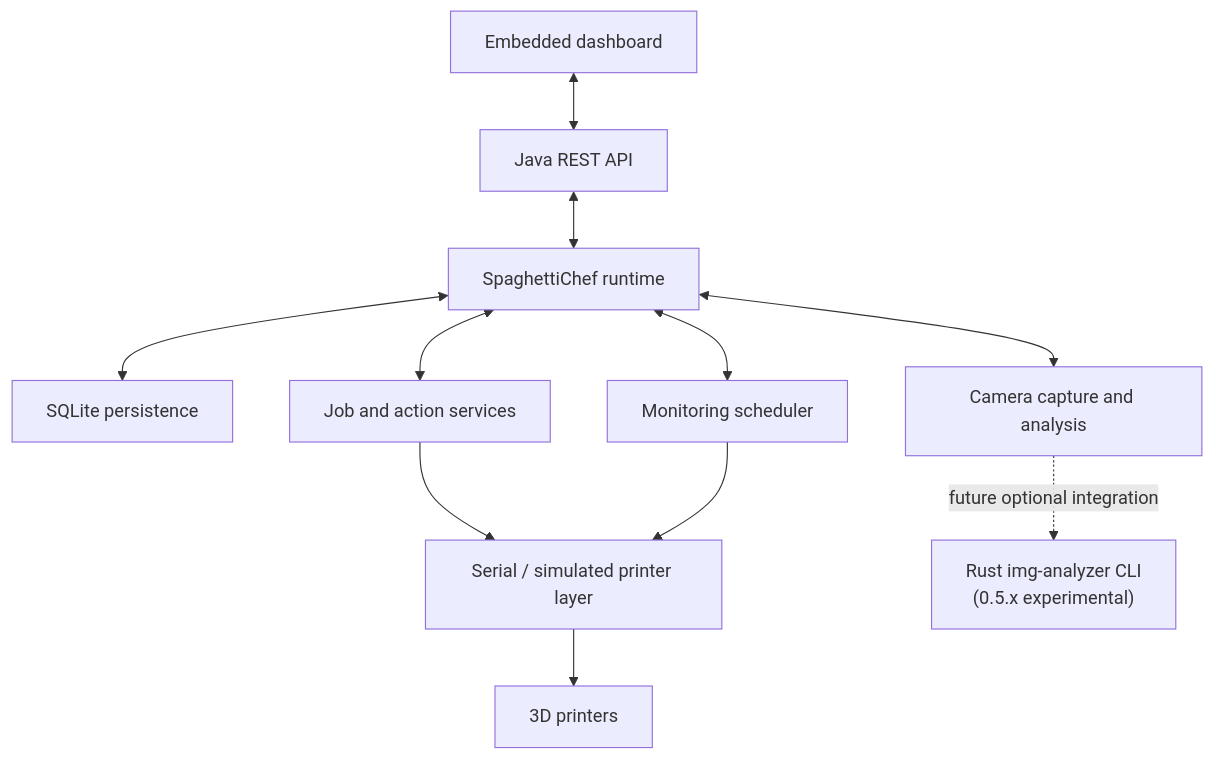
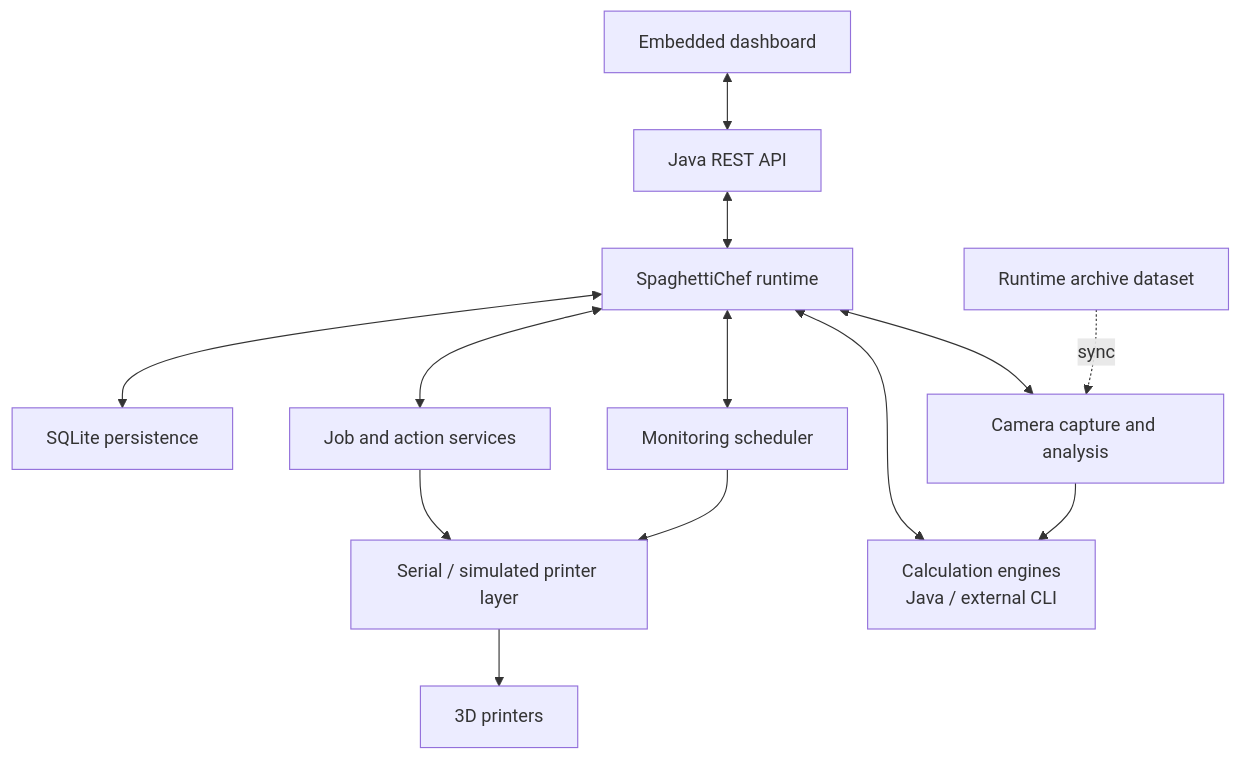
One commit to nathabee/spaghetti-chef changed the first of 4 diagrams in README.md. Above: the diagram before and after it, drawn with Mermaid. The commit also changed other lines of this file and 24 other files, not shown here.

````diff
--- a/README.md
+++ b/README.md
@@ -83,24 +98,27 @@
 ```mermaid
 flowchart TB
     dashboard["Embedded dashboard"]
     api["Java REST API"]
     runtime["SpaghettiChef runtime"]
     db["SQLite persistence"]
     monitoring["Monitoring scheduler"]
     jobs["Job and action services"]
     serial["Serial / simulated printer layer"]
     camera["Camera capture and analysis"]
-    rust["Rust img-analyzer CLI<br/>(0.5.x experimental)"]
+    engines["Calculation engines<br/>Java / external CLI"]
+    dataset["Runtime archive dataset"]
     printers["3D printers"]
 
     dashboard <--> api
     api <--> runtime
     runtime <--> db
     runtime <--> monitoring
     runtime <--> jobs
     runtime <--> camera
+    runtime <--> engines
     jobs --> serial
     monitoring --> serial
     serial --> printers
-    camera -. future optional integration .-> rust
+    dataset -. sync .-> camera
+    camera --> engines
 ```
````
